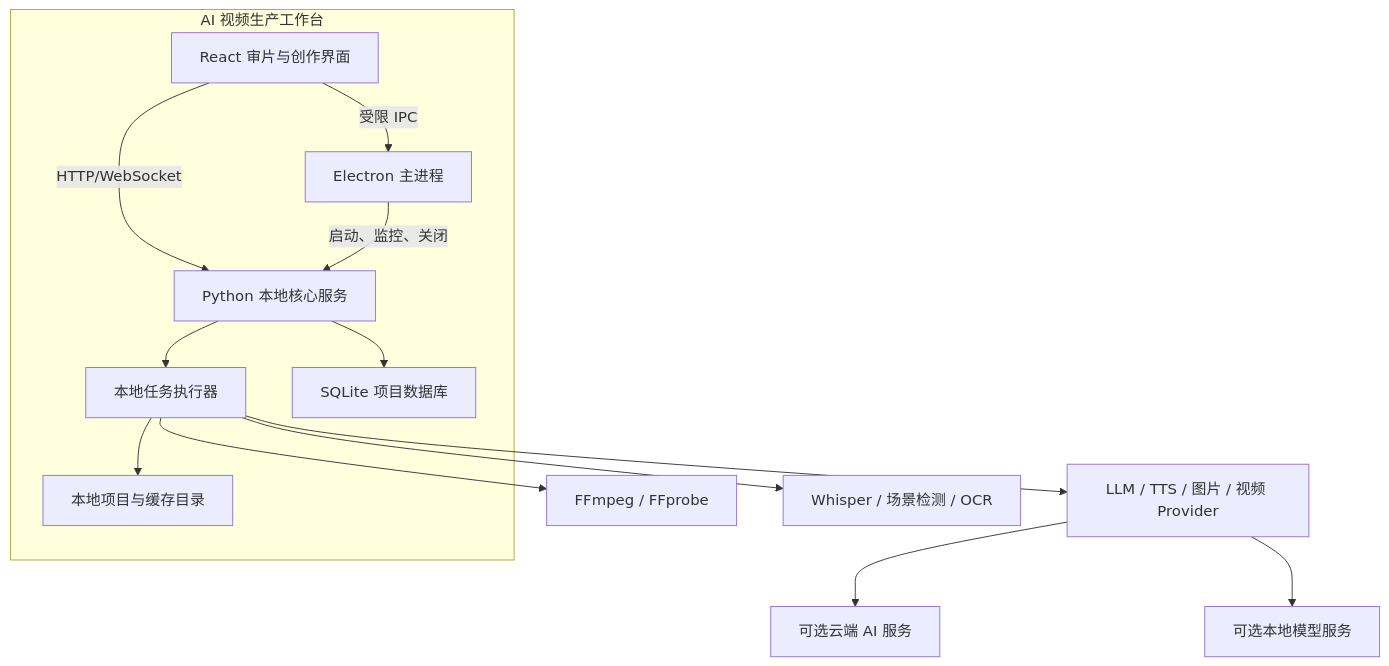
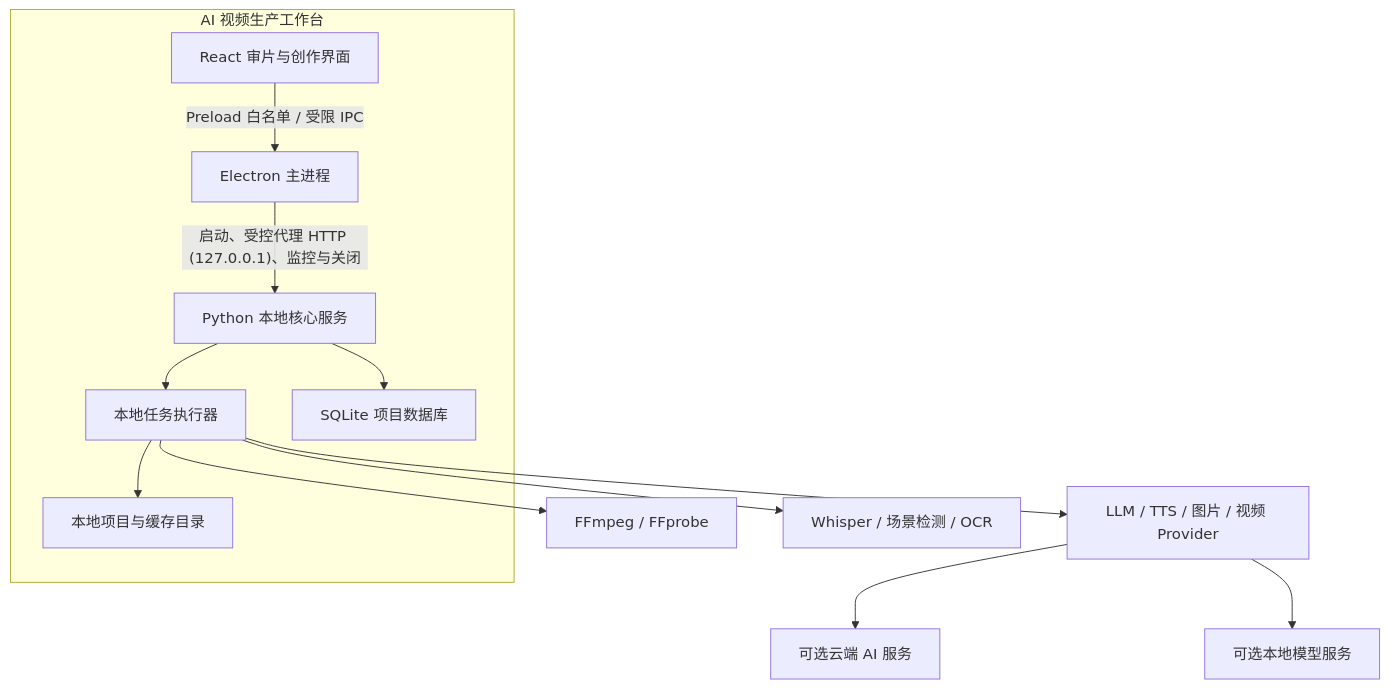
Before and after one commit to trueYJlove/vortex-cut: the first of 2 diagrams in ARCHITECTURE.md, drawn with Mermaid. The commit also changed other lines of this file and 19 other files, not shown here.

Commit message:
chore(closeout): refine governance docs, isolate pytest gate env, and tidy desktop IPC/timeline

````diff
--- a/ARCHITECTURE.md
+++ b/ARCHITECTURE.md
@@ -64,24 +64,23 @@
 ```mermaid
 flowchart TB
     subgraph Desktop["AI 视频生产工作台"]
         Main["Electron 主进程"]
         UI["React 审片与创作界面"]
         Core["Python 本地核心服务"]
         Worker["本地任务执行器"]
         DB["SQLite 项目数据库"]
         Files["本地项目与缓存目录"]
     end
 
-    UI -->|"HTTP/WebSocket"| Core
-    UI -->|"受限 IPC"| Main
-    Main -->|"启动、监控、关闭"| Core
+    UI -->|"Preload 白名单 / 受限 IPC"| Main
+    Main -->|"启动、受控代理 HTTP (127.0.0.1)、监控与关闭"| Core
     Core --> DB
     Core --> Worker
     Worker --> Files
 
     Worker --> FF["FFmpeg / FFprobe"]
     Worker --> Analyze["Whisper / 场景检测 / OCR"]
     Worker --> Providers["LLM / TTS / 图片 / 视频 Provider"]
     Providers --> Cloud["可选云端 AI 服务"]
     Providers --> Local["可选本地模型服务"]
 ```
````
